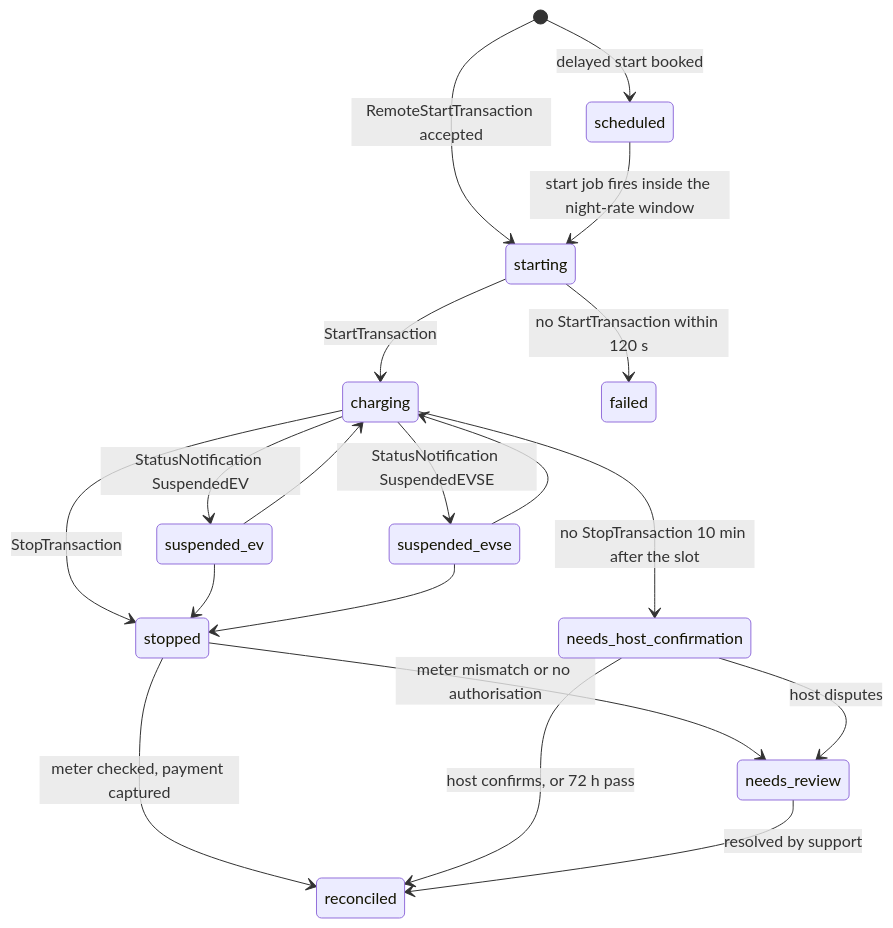
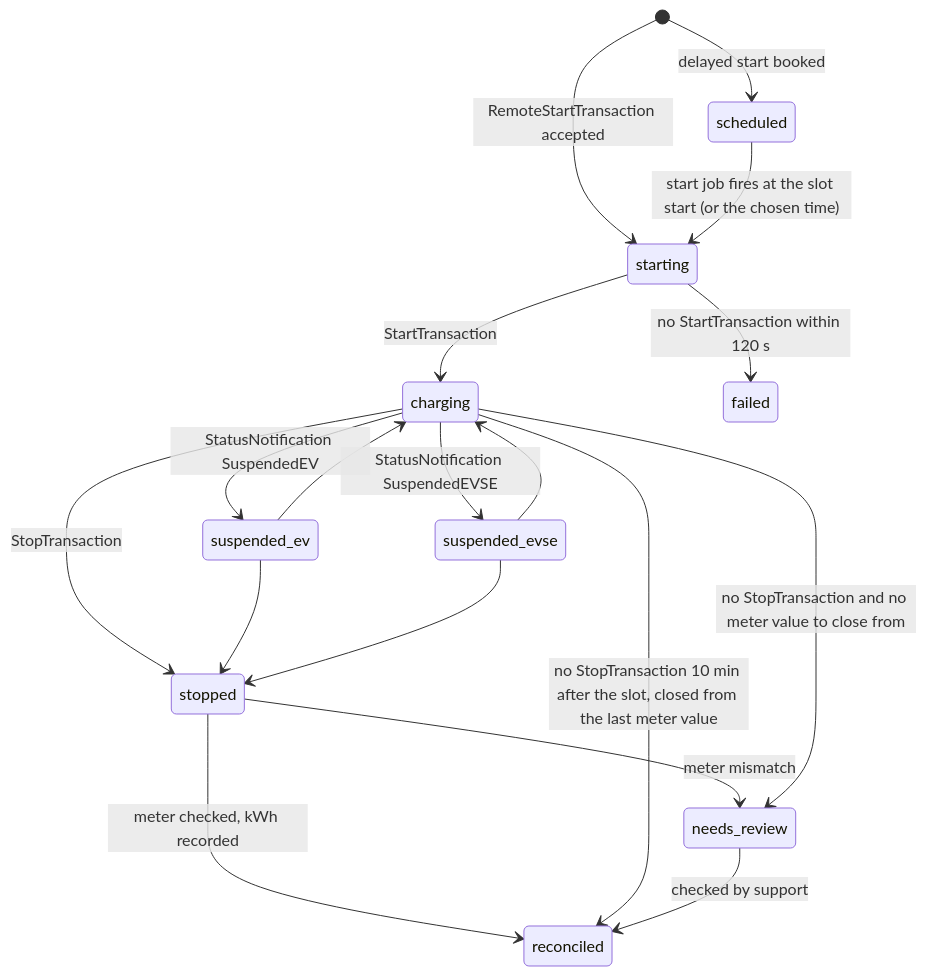
The fourth of 5 diagrams in docs/ARCHITECTURE.md (sprintengine/nd), drawn with Mermaid before and after one commit. The commit also changed other lines of this file and 5 other files, not shown here.

````diff
--- a/docs/ARCHITECTURE.md
+++ b/docs/ARCHITECTURE.md
@@ -256,21 +254,20 @@
 ```mermaid
 stateDiagram-v2
   [*] --> scheduled: delayed start booked
   [*] --> starting: RemoteStartTransaction accepted
-  scheduled --> starting: start job fires inside the night-rate window
+  scheduled --> starting: start job fires at the slot start (or the chosen time)
   starting --> charging: StartTransaction
   starting --> failed: no StartTransaction within 120 s
   charging --> suspended_ev: StatusNotification SuspendedEV
   charging --> suspended_evse: StatusNotification SuspendedEVSE
   suspended_ev --> charging
   suspended_evse --> charging
   charging --> stopped: StopTransaction
   suspended_ev --> stopped
   suspended_evse --> stopped
-  stopped --> reconciled: meter checked, payment captured
-  stopped --> needs_review: meter mismatch or no authorisation
-  charging --> needs_host_confirmation: no StopTransaction 10 min after the slot
-  needs_host_confirmation --> reconciled: host confirms, or 72 h pass
-  needs_host_confirmation --> needs_review: host disputes
-  needs_review --> reconciled: resolved by support
+  stopped --> reconciled: meter checked, kWh recorded
+  stopped --> needs_review: meter mismatch
+  charging --> reconciled: no StopTransaction 10 min after the slot, closed from the last meter value
+  charging --> needs_review: no StopTransaction and no meter value to close from
+  needs_review --> reconciled: checked by support
 ```
````
